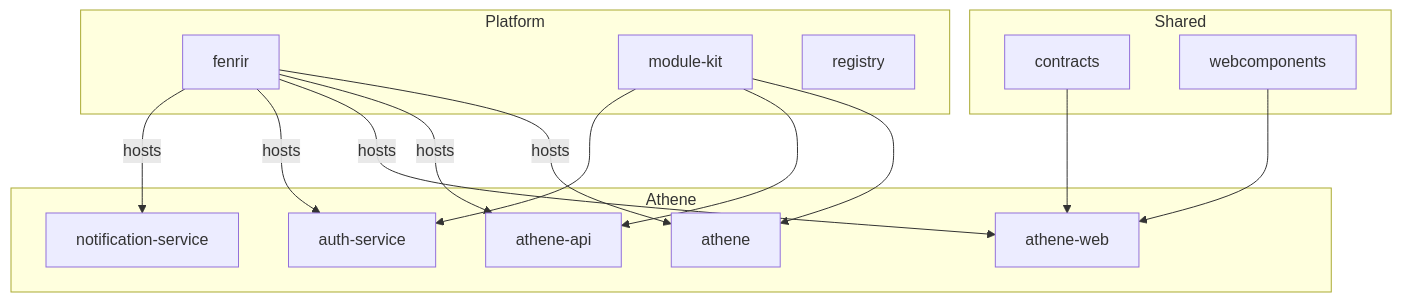
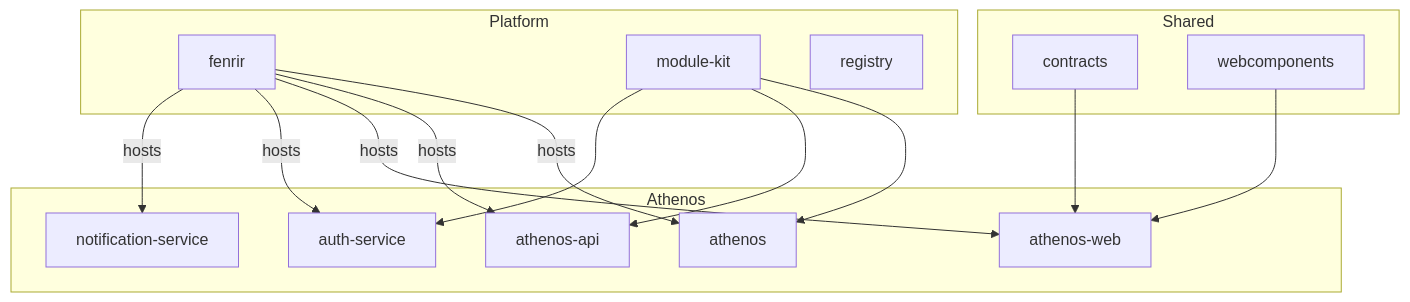
The seventh of 7 diagrams in README.md (J03lF/fenrir), drawn with Mermaid before and after one commit. The commit also changed other lines of this file and 83 other files, not shown here.

Commit message:
chore(rename): Athene is now Athenos (w8n)

````diff
--- a/README.md
+++ b/README.md
@@ -868,32 +868,32 @@
 ```mermaid
 flowchart TB
   subgraph platform [Platform]
     Fenrir["fenrir"]
     Kit["module-kit"]
     Reg["registry"]
   end
 
-  subgraph athene [Athene]
-    Core["athene"]
-    API["athene-api"]
-    Web["athene-web"]
+  subgraph athenos [Athenos]
+    Core["athenos"]
+    API["athenos-api"]
+    Web["athenos-web"]
     Auth["auth-service"]
     Notif["notification-service"]
   end
 
   subgraph shared [Shared]
     Contracts["contracts"]
     Components["webcomponents"]
   end
 
   Fenrir -->|hosts| Core
   Fenrir -->|hosts| API
   Fenrir -->|hosts| Web
   Fenrir -->|hosts| Auth
   Fenrir -->|hosts| Notif
   Kit --> Core
   Kit --> API
   Kit --> Auth
   Contracts --> Web
   Components --> Web
 ```
````
